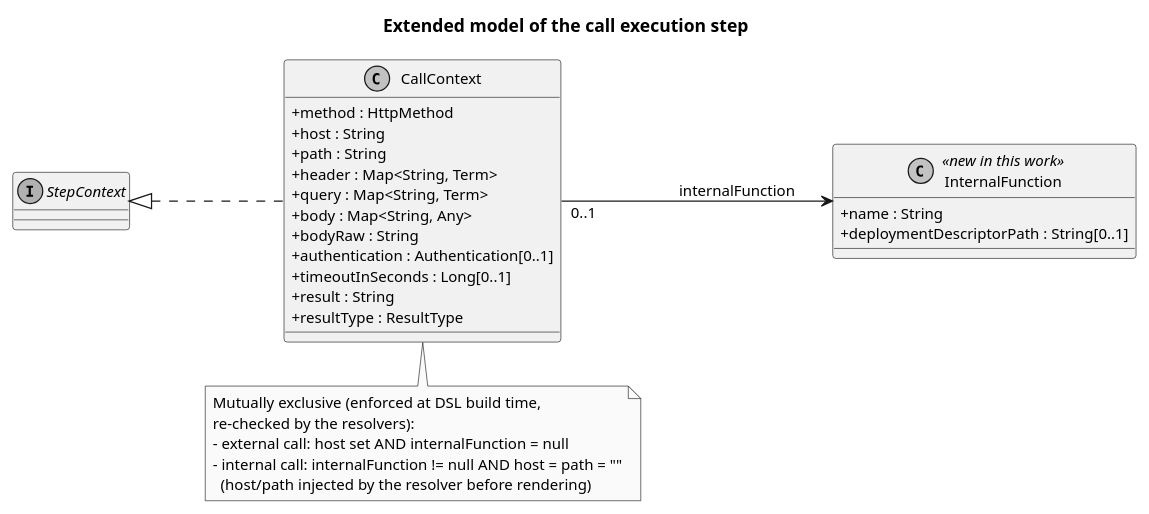
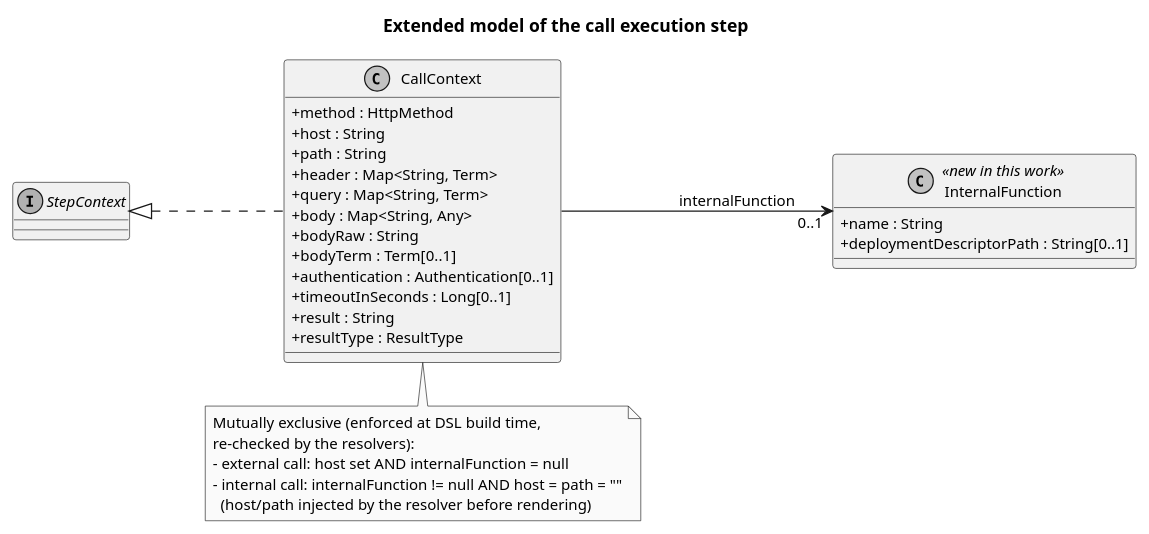
The diagram in diagrams/call-step-model.puml (EngenheiroPedroCarvalho/ISEL-Thesis-2526), drawn with PlantUML before and after one commit. The commit also changed 40 other files, not shown here.

```diff
--- a/diagrams/call-step-model.puml
+++ b/diagrams/call-step-model.puml
@@ -1,40 +1,41 @@
 @startuml call-step-model
 skinparam monochrome true
 skinparam shadowing false
 skinparam classAttributeIconSize 0
 skinparam defaultFontSize 12
 left to right direction
 title Extended model of the call execution step
 
 interface StepContext
 
 class CallContext {
   +method : HttpMethod
   +host : String
   +path : String
   +header : Map<String, Term>
   +query : Map<String, Term>
   +body : Map<String, Any>
   +bodyRaw : String
+  +bodyTerm : Term[0..1]
   +authentication : Authentication[0..1]
   +timeoutInSeconds : Long[0..1]
   +result : String
   +resultType : ResultType
 }
 
 class InternalFunction <<new in this work>> {
   +name : String
   +deploymentDescriptorPath : String[0..1]
 }
 
 StepContext <|.. CallContext
-CallContext "0..1" --> InternalFunction : internalFunction
+CallContext --> "0..1" InternalFunction : internalFunction
 
 note bottom of CallContext
   Mutually exclusive (enforced at DSL build time,
   re-checked by the resolvers):
   - external call: host set AND internalFunction = null
   - internal call: internalFunction != null AND host = path = ""
     (host/path injected by the resolver before rendering)
 end note
 @enduml
```
